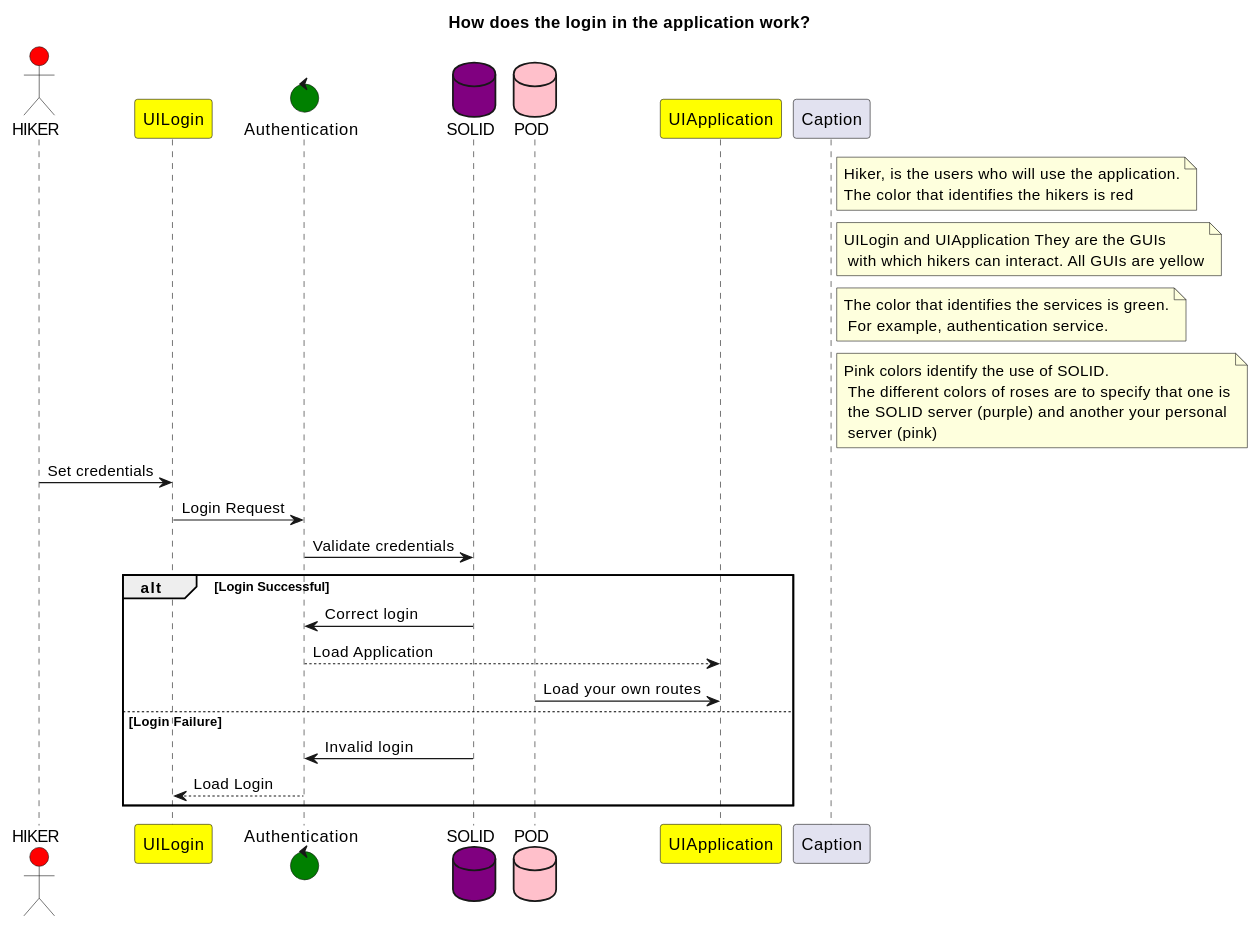
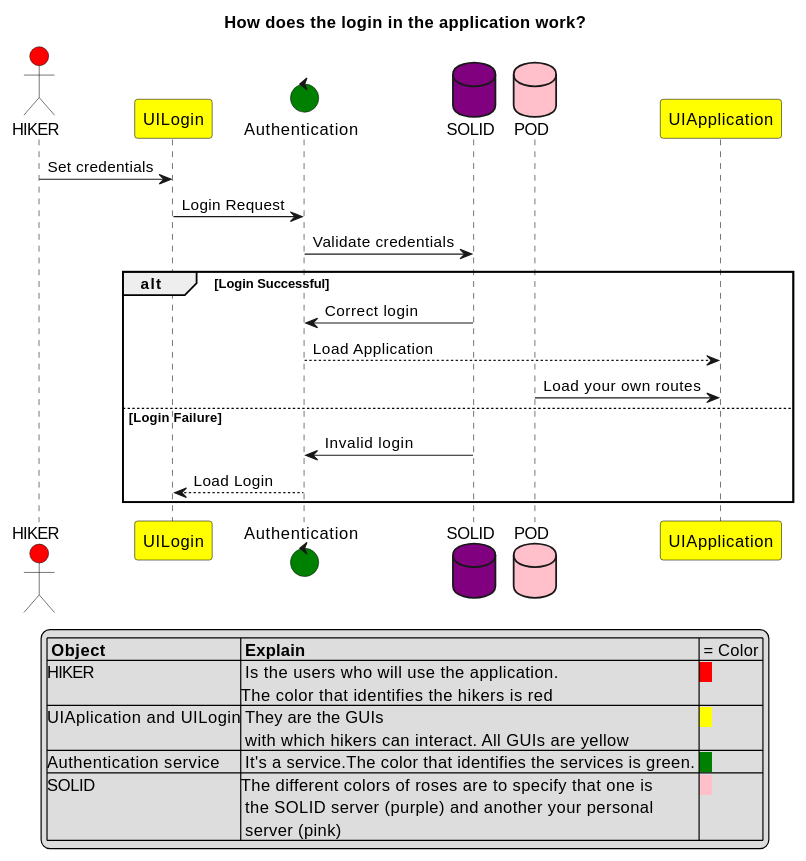
The first of 2 diagrams in src/docs/06_runtime_view.adoc (Arquisoft/viade_es1b), drawn with PlantUML before and after one commit. The commit also changed other lines of this file, not shown here.

Commit message:
Añadida una leyenda mas profesional al punto 6

```diff
--- a/src/docs/06_runtime_view.adoc
+++ b/src/docs/06_runtime_view.adoc
@@ -16,36 +16,36 @@
 [plantuml,"Initial diagram",png]
 ----
 title How does the login in the application work?
 
 actor HIKER #red
 participant UILogin #yellow
 control Authentication #green
 database SOLID #purple
 database POD #pink
 participant UIApplication #yellow
-participant Caption
-
-
-note right of Caption: Hiker, is the users who will use the application.\nThe color that identifies the hikers is red
-note right of Caption:UILogin and UIApplication They are the GUIs\n with which hikers can interact. All GUIs are yellow
-note right of Caption: The color that identifies the services is green.\n For example, authentication service.
-note right of Caption: Pink colors identify the use of SOLID.\n The different colors of roses are to specify that one is\n the SOLID server (purple) and another your personal\n server (pink)
 
 HIKER -> UILogin: Set credentials
 UILogin -> Authentication: Login Request
 Authentication -> SOLID: Validate credentials
 
 alt Login Successful
 	SOLID -> Authentication: Correct login
 	Authentication --> UIApplication: Load Application
     POD->UIApplication: Load your own routes
 	
 else Login Failure
 	SOLID -> Authentication: Invalid login
 	Authentication --> UILogin: Load Login
 	end
 
+legend
+|= Object |= Explain | = Color |
+|HIKER | Is the users who will use the application.\nThe color that identifies the hikers is red |<back:#FF0000>   </back> |
+|UIAplication and UILogin| They are the GUIs\n with which hikers can interact. All GUIs are yellow |<back:yellow>   </back> |
+|Authentication service | It's a service.The color that identifies the services is green. |<back:green>   </back> |
+|SOLID|The different colors of roses are to specify that one is\n the SOLID server (purple) and another your personal\n server (pink)|<back:pink>   </back> |
+endlegend
 
 
 
 ----
```
